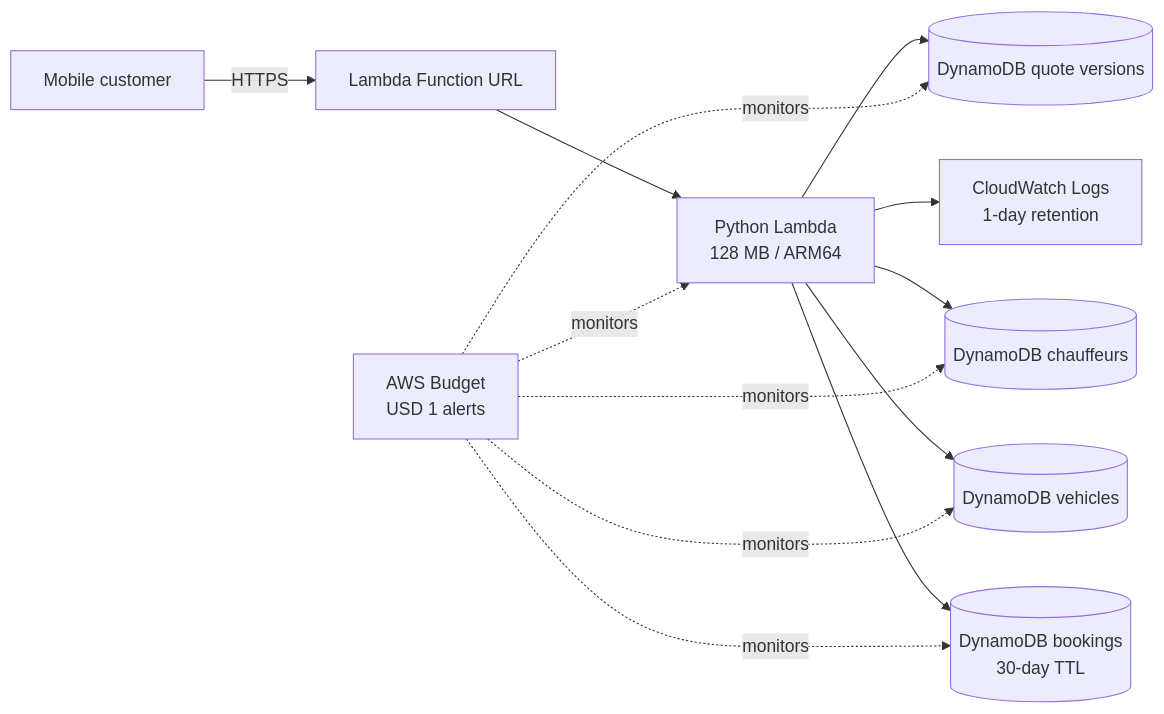
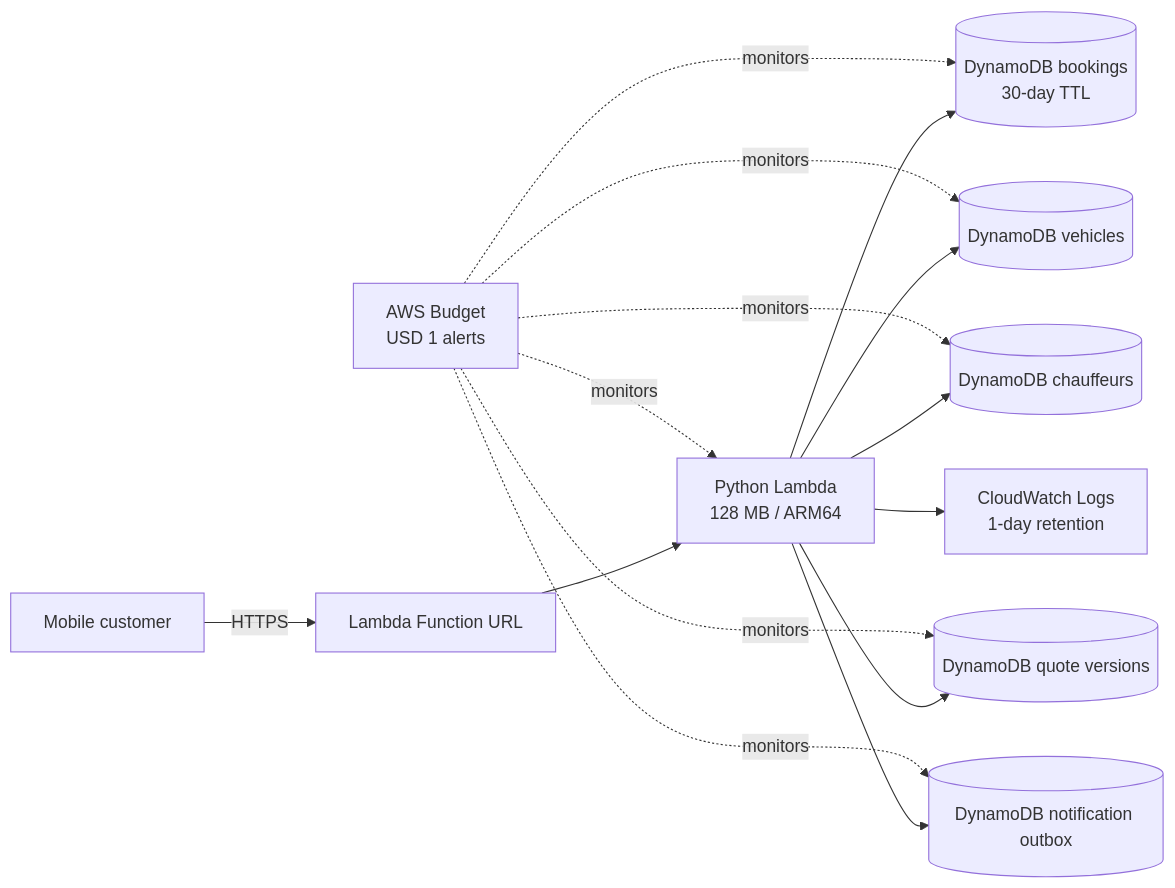
Before and after one commit to ababisoye/car-mobility-platform: the diagram in README.md, drawn with Mermaid. The commit also changed other lines of this file and 5 other files, not shown here.

Commit message:
feat: add notification outbox

````diff
--- a/README.md
+++ b/README.md
@@ -25,15 +26,17 @@
 ```mermaid
 flowchart LR
     Customer[Mobile customer] -->|HTTPS| URL[Lambda Function URL]
     URL --> Lambda[Python Lambda<br/>128 MB / ARM64]
     Lambda --> Bookings[(DynamoDB bookings<br/>30-day TTL)]
     Lambda --> Vehicles[(DynamoDB vehicles)]
     Lambda --> Chauffeurs[(DynamoDB chauffeurs)]
     Lambda --> Quotes[(DynamoDB quote versions)]
+    Lambda --> Outbox[(DynamoDB notification outbox)]
     Lambda --> Logs[CloudWatch Logs<br/>1-day retention]
     Budget[AWS Budget<br/>USD 1 alerts] -. monitors .-> Lambda
     Budget -. monitors .-> Bookings
     Budget -. monitors .-> Vehicles
     Budget -. monitors .-> Chauffeurs
     Budget -. monitors .-> Quotes
+    Budget -. monitors .-> Outbox
 ```
````
